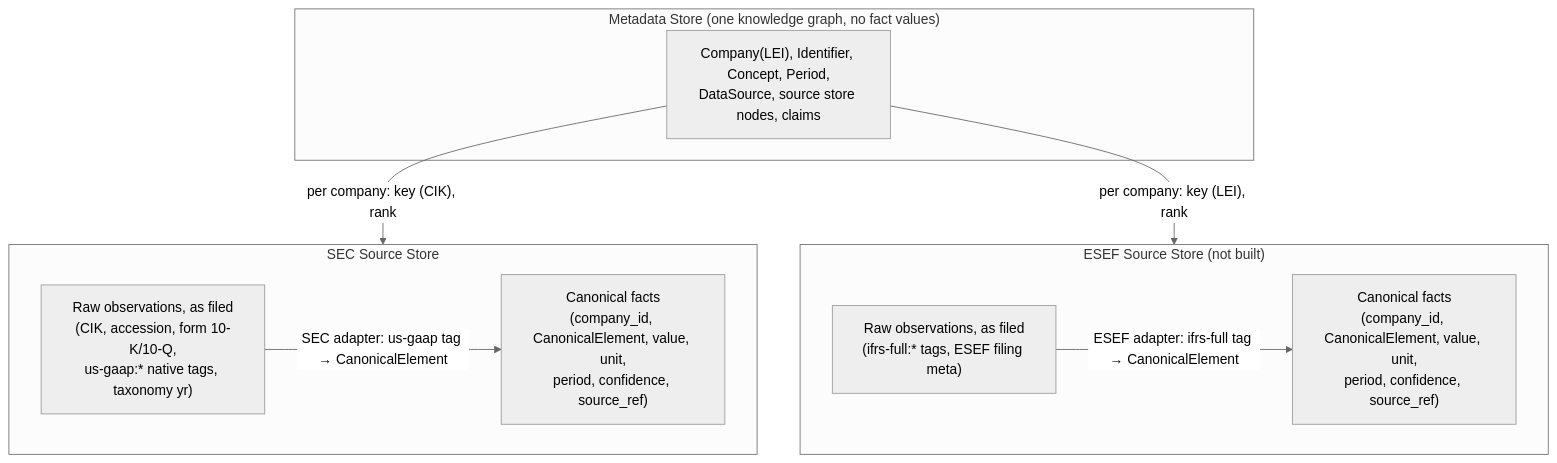
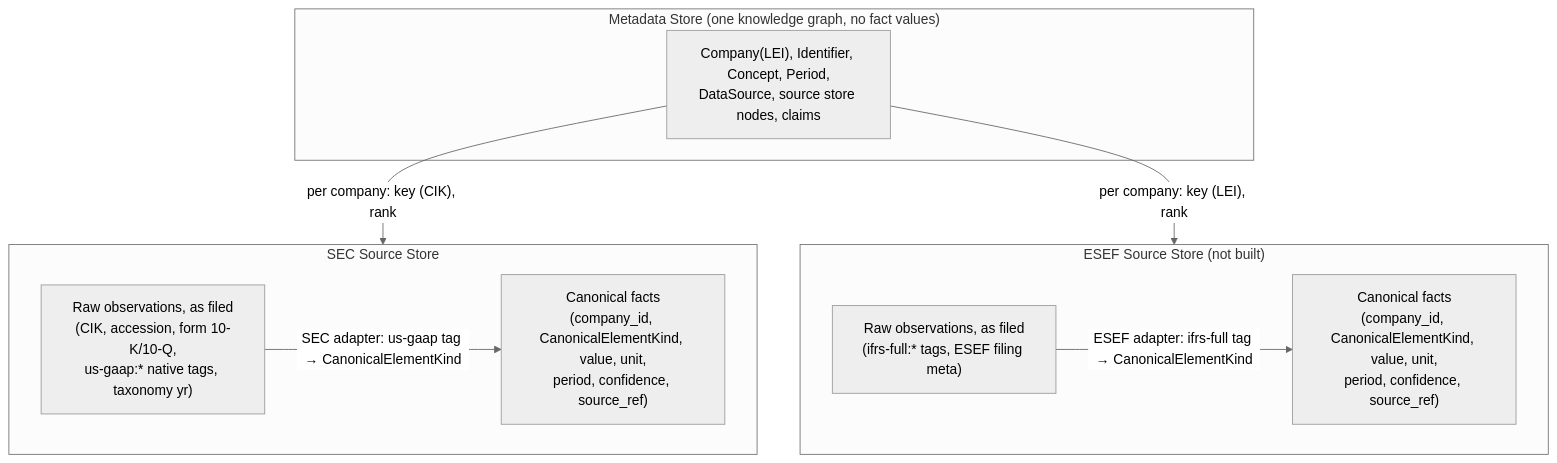
The first of 4 diagrams in sec/design/data_model/hybrid_data_model.md (ironcapitaleu/arkad), drawn with Mermaid (neutral theme) before and after one commit. The commit also changed other lines of this file and 35 other files, not shown here.

````diff
--- a/sec/design/data_model/hybrid_data_model.md
+++ b/sec/design/data_model/hybrid_data_model.md
@@ -60,18 +60,18 @@
 ```mermaid
 flowchart TB
   subgraph META["Metadata Store (one knowledge graph, no fact values)"]
     KG["Company(LEI), Identifier, Concept, Period,\nDataSource, source store nodes, claims"]
   end
   subgraph SEC["SEC Source Store"]
     SECraw["Raw observations, as filed\n(CIK, accession, form 10-K/10-Q,\nus-gaap:* native tags, taxonomy yr)"]
-    SECcan["Canonical facts\n(company_id, CanonicalElement, value, unit,\nperiod, confidence, source_ref)"]
+    SECcan["Canonical facts\n(company_id, CanonicalElementKind, value, unit,\nperiod, confidence, source_ref)"]
   end
   subgraph ESEF["ESEF Source Store (not built)"]
     ESEFraw["Raw observations, as filed\n(ifrs-full:* tags, ESEF filing meta)"]
-    ESEFcan["Canonical facts\n(company_id, CanonicalElement, value, unit,\nperiod, confidence, source_ref)"]
+    ESEFcan["Canonical facts\n(company_id, CanonicalElementKind, value, unit,\nperiod, confidence, source_ref)"]
   end
-  SECraw -- "SEC adapter: us-gaap tag → CanonicalElement" --> SECcan
-  ESEFraw -- "ESEF adapter: ifrs-full tag → CanonicalElement" --> ESEFcan
+  SECraw -- "SEC adapter: us-gaap tag → CanonicalElementKind" --> SECcan
+  ESEFraw -- "ESEF adapter: ifrs-full tag → CanonicalElementKind" --> ESEFcan
   KG -- "per company: key (CIK), rank" --> SEC
   KG -- "per company: key (LEI), rank" --> ESEF
 ```
````
